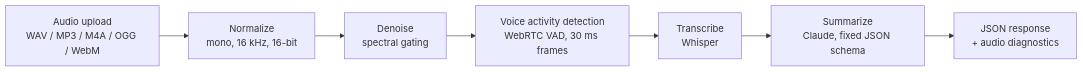
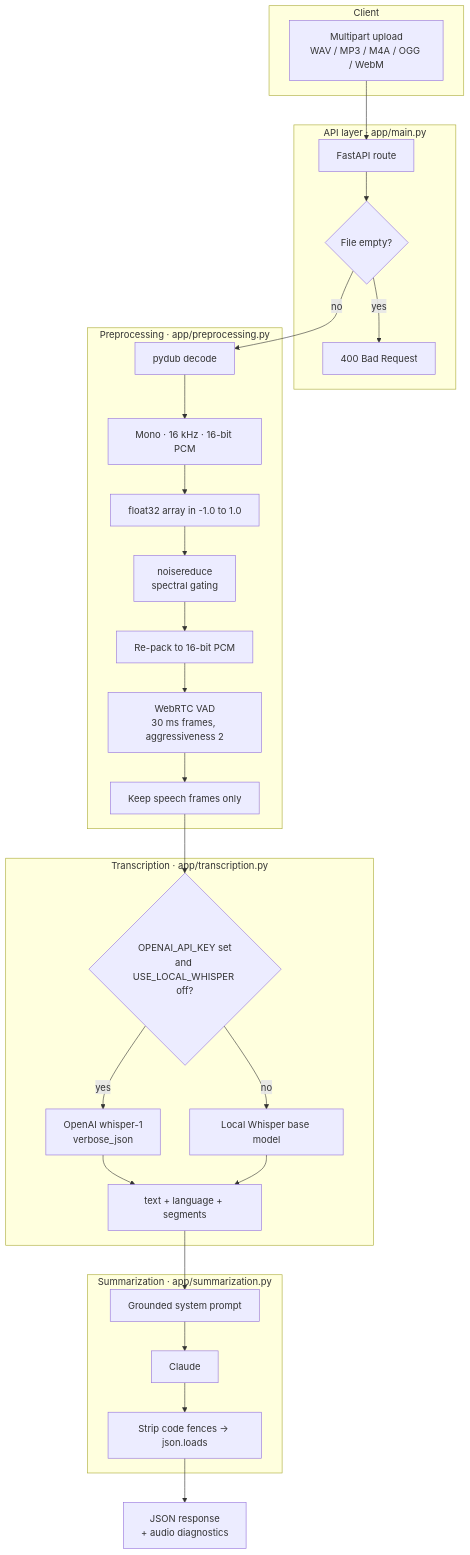
The diagram in README.md (Riddhim-r/Voice-Insight-API), drawn with Mermaid before and after one commit. The commit also changed other lines of this file, not shown here.

````diff
--- a/README.md
+++ b/README.md
@@ -9,9 +62,39 @@
 ```mermaid
-flowchart LR
-    A[Audio upload<br/>WAV / MP3 / M4A / OGG / WebM] --> B[Normalize<br/>mono, 16 kHz, 16-bit]
-    B --> C[Denoise<br/>spectral gating]
-    C --> D[Voice activity detection<br/>WebRTC VAD, 30 ms frames]
-    D --> E[Transcribe<br/>Whisper]
-    E --> F[Summarize<br/>Claude, fixed JSON schema]
-    F --> G[JSON response<br/>+ audio diagnostics]
+flowchart TD
+    subgraph Client
+        A[Multipart upload<br/>WAV / MP3 / M4A / OGG / WebM]
+    end
+
+    subgraph API["API layer · app/main.py"]
+        B[FastAPI route] --> C{File empty?}
+        C -- yes --> E400[400 Bad Request]
+    end
+
+    subgraph PRE["Preprocessing · app/preprocessing.py"]
+        D[pydub decode] --> E[Mono · 16 kHz · 16-bit PCM]
+        E --> F[float32 array in -1.0 to 1.0]
+        F --> G[noisereduce<br/>spectral gating]
+        G --> H[Re-pack to 16-bit PCM]
+        H --> I[WebRTC VAD<br/>30 ms frames, aggressiveness 2]
+        I --> J[Keep speech frames only]
+    end
+
+    subgraph ASR["Transcription · app/transcription.py"]
+        K{OPENAI_API_KEY set<br/>and USE_LOCAL_WHISPER off?}
+        K -- yes --> L[OpenAI whisper-1<br/>verbose_json]
+        K -- no --> M[Local Whisper base model]
+        L --> N[text + language + segments]
+        M --> N
+    end
+
+    subgraph LLM["Summarization · app/summarization.py"]
+        O[Grounded system prompt] --> P[Claude]
+        P --> Q[Strip code fences → json.loads]
+    end
+
+    A --> B
+    C -- no --> D
+    J --> K
+    N --> O
+    Q --> R[JSON response<br/>+ audio diagnostics]
 ```
````
